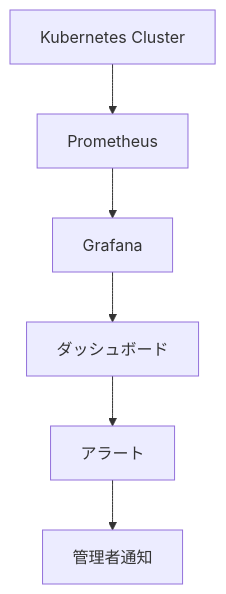
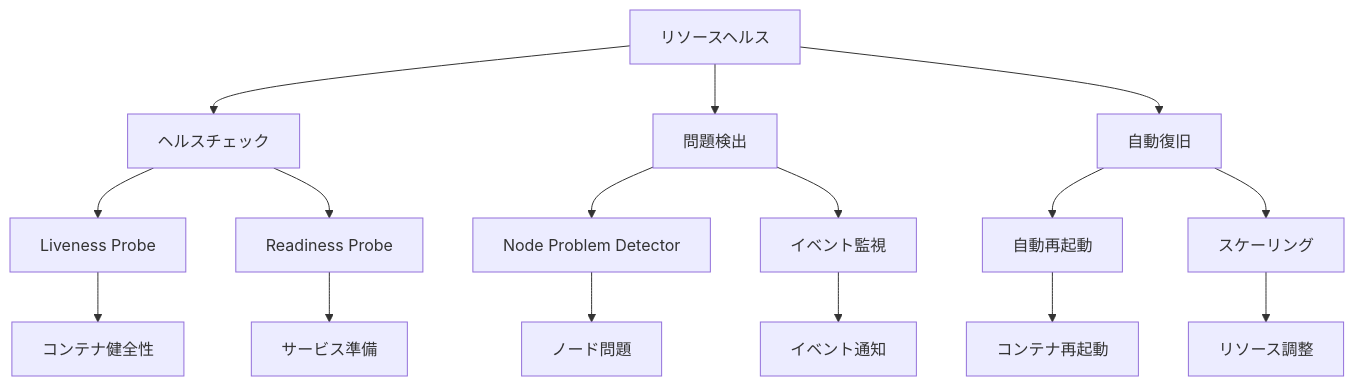
The diagram in docs/Kubernetes/09_モニタリングとロギング/09-04_リソースヘルス.md (haruka-aibara/haruka-aibara), drawn with Mermaid before and after one commit. The commit also changed other lines of this file and 37 other files, not shown here.

````diff
--- a/docs/Kubernetes/09_モニタリングとロギング/09-04_リソースヘルス.md
+++ b/docs/Kubernetes/09_モニタリングとロギング/09-04_リソースヘルス.md
@@ -48,8 +106,20 @@
 ```mermaid
 graph TD
-    A[Kubernetes Cluster] --> B[Prometheus]
-    B --> C[Grafana]
-    C --> D[ダッシュボード]
-    D --> E[アラート]
-    E --> F[管理者通知]
+    A[リソースヘルス] --> B[ヘルスチェック]
+    A --> C[問題検出]
+    A --> D[自動復旧]
+    
+    B --> E[Liveness Probe]
+    B --> F[Readiness Probe]
+    C --> G[Node Problem Detector]
+    C --> H[イベント監視]
+    D --> I[自動再起動]
+    D --> J[スケーリング]
+    
+    E --> K[コンテナ健全性]
+    F --> L[サービス準備]
+    G --> M[ノード問題]
+    H --> N[イベント通知]
+    I --> O[コンテナ再起動]
+    J --> P[リソース調整]
 ```
````
